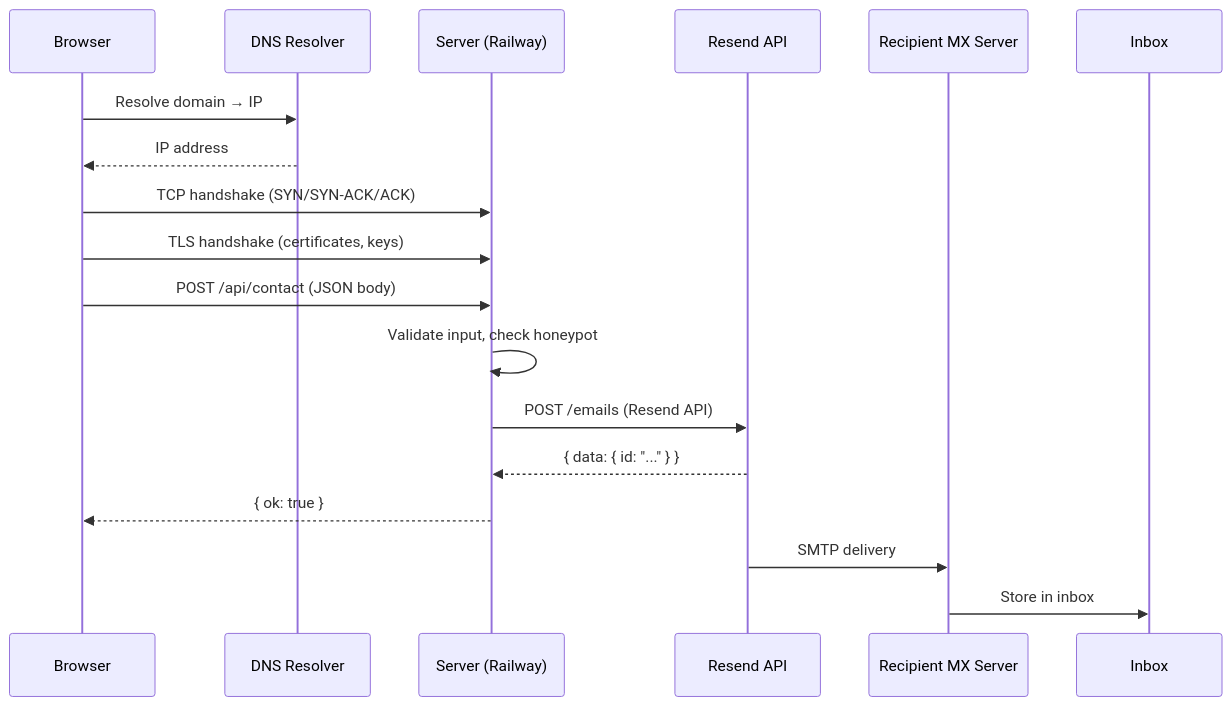
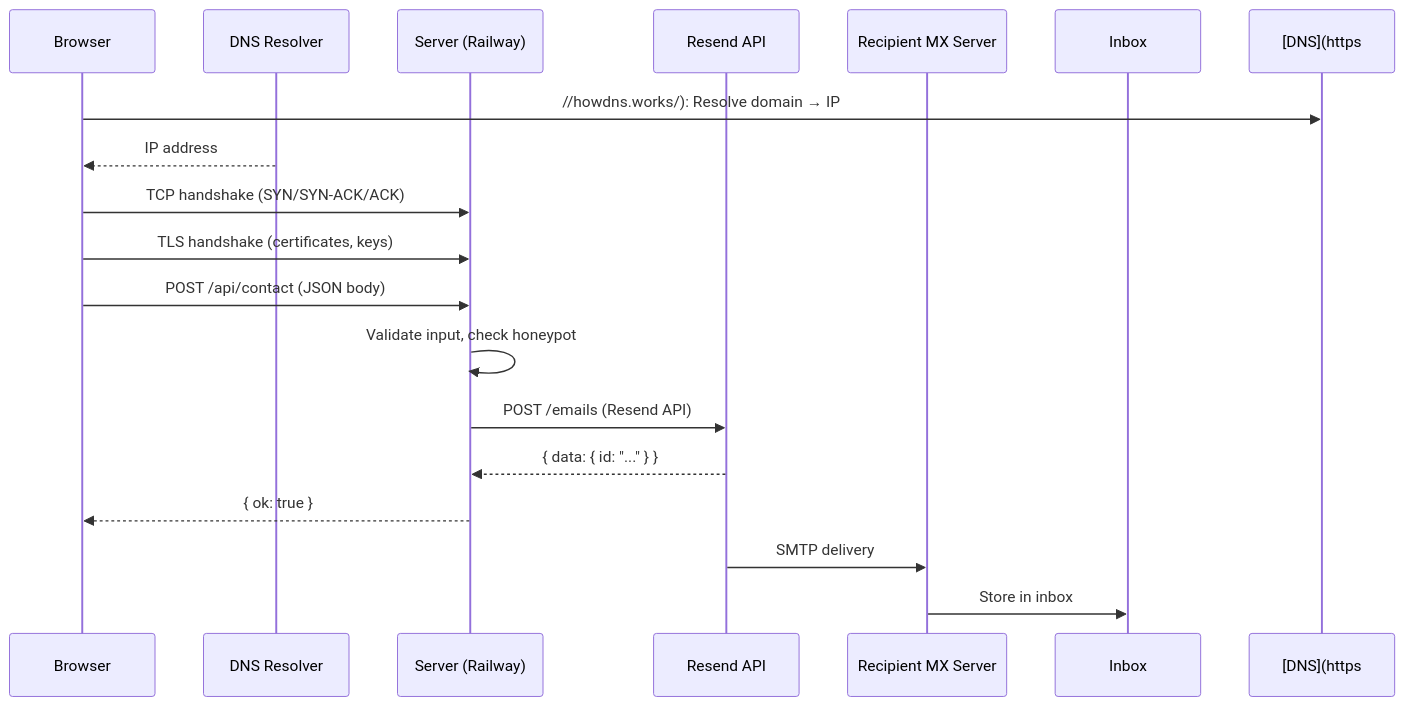
The diagram in src/content/knowledge/cs-fundamentals/networking-fundamentals.md (dmytrolesyk/playground-platform), drawn with Mermaid before and after one commit. The commit also changed other lines of this file and 47 other files, not shown here.

````diff
--- a/src/content/knowledge/cs-fundamentals/networking-fundamentals.md
+++ b/src/content/knowledge/cs-fundamentals/networking-fundamentals.md
@@ -74,21 +74,21 @@
 ```mermaid
 sequenceDiagram
     participant B as Browser
     participant DNS as DNS Resolver
     participant S as Server (Railway)
     participant R as Resend API
     participant MX as Recipient MX Server
     participant IN as Inbox
 
-    B->>DNS: Resolve domain → IP
+    B->>[DNS](https://howdns.works/): Resolve domain → IP
     DNS-->>B: IP address
     B->>S: TCP handshake (SYN/SYN-ACK/ACK)
     B->>S: TLS handshake (certificates, keys)
     B->>S: POST /api/contact (JSON body)
     S->>S: Validate input, check honeypot
     S->>R: POST /emails (Resend API)
     R-->>S: { data: { id: "..." } }
     S-->>B: { ok: true }
     R->>MX: SMTP delivery
     MX->>IN: Store in inbox
 ```
````
